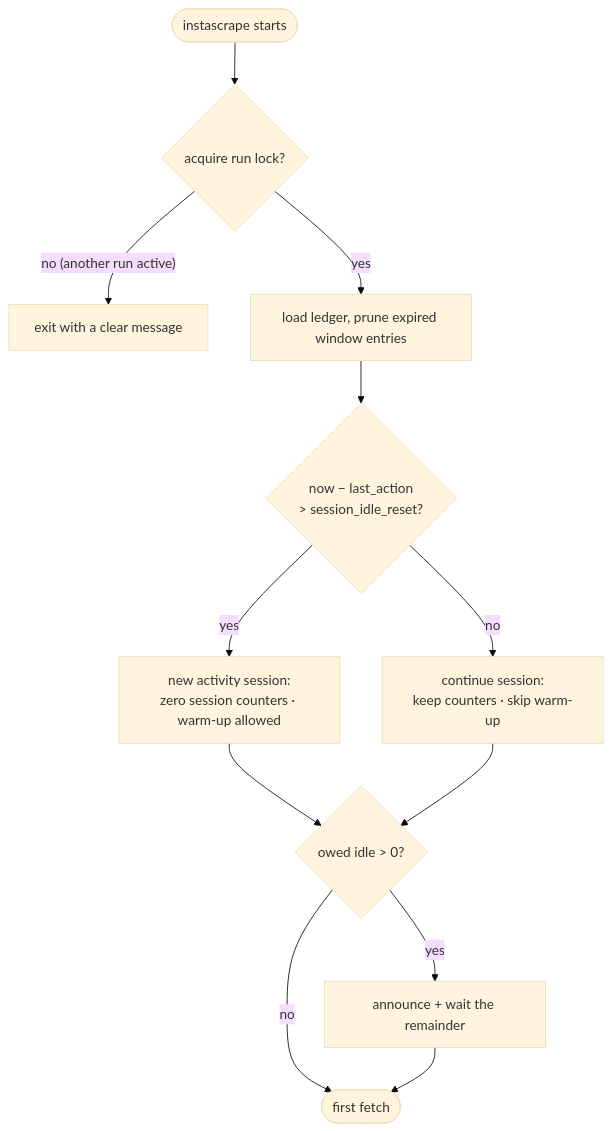
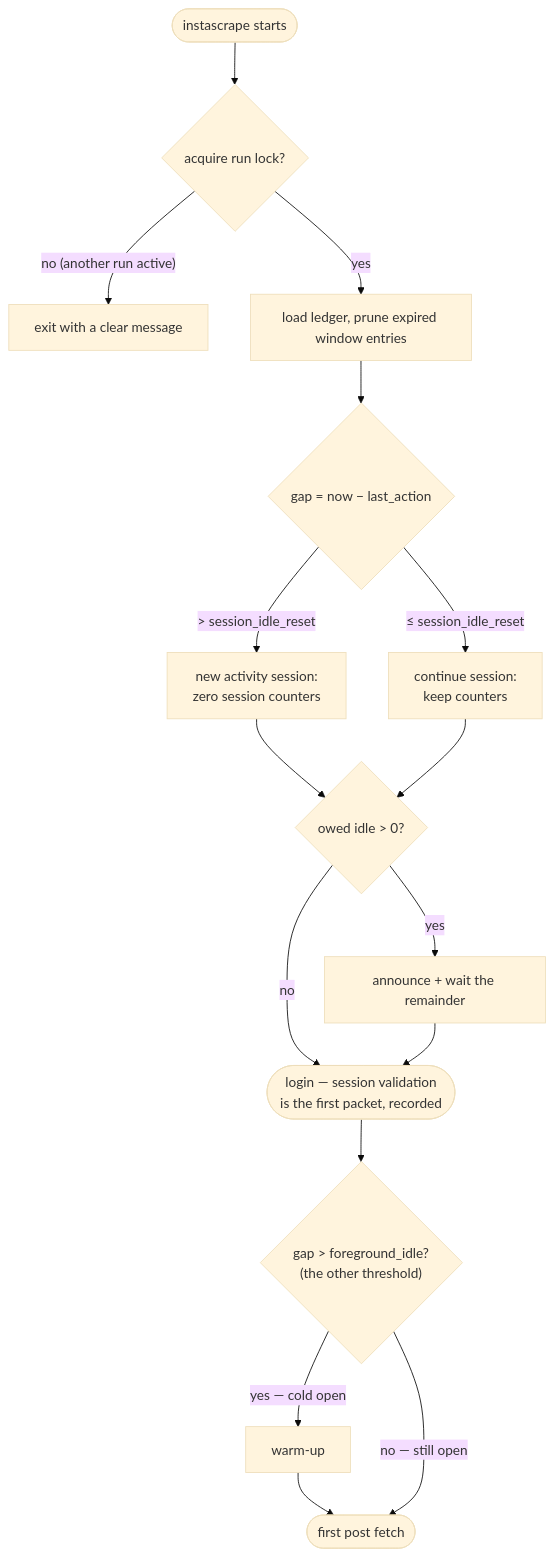
One commit to tillg/instascraper changed the second of 3 diagrams in specs/changes/cross-session-humanization/domain.md. Above: the diagram before and after it, drawn with Mermaid (base theme). The commit also changed other lines of this file and 7 other files, not shown here.

````diff
--- a/specs/changes/cross-session-humanization/domain.md
+++ b/specs/changes/cross-session-humanization/domain.md
@@ -61,14 +69,17 @@
 ```mermaid
 flowchart TD
     Start([instascrape starts]) --> Lock{acquire run lock?}
     Lock -- "no (another run active)" --> Exit["exit with a clear message"]
     Lock -- yes --> Load["load ledger, prune expired window entries"]
-    Load --> Gap{"now − last_action\n> session_idle_reset?"}
-    Gap -- yes --> New["new activity session:\nzero session counters · warm-up allowed"]
-    Gap -- no --> Cont["continue session:\nkeep counters · skip warm-up"]
+    Load --> Gap{"gap = now − last_action"}
+    Gap -- "> session_idle_reset" --> New["new activity session:\nzero session counters"]
+    Gap -- "≤ session_idle_reset" --> Cont["continue session:\nkeep counters"]
     New --> Owed
     Cont --> Owed{"owed idle > 0?"}
     Owed -- yes --> Wait["announce + wait the remainder"]
     Owed -- no --> Go
-    Wait --> Go([first fetch])
+    Wait --> Go(["login — session validation\nis the first packet, recorded"])
+    Go --> WU{"gap > foreground_idle?\n(the other threshold)"}
+    WU -- "yes — cold open" --> Warm["warm-up"] --> Fetch([first post fetch])
+    WU -- "no — still open" --> Fetch
 ```
````
